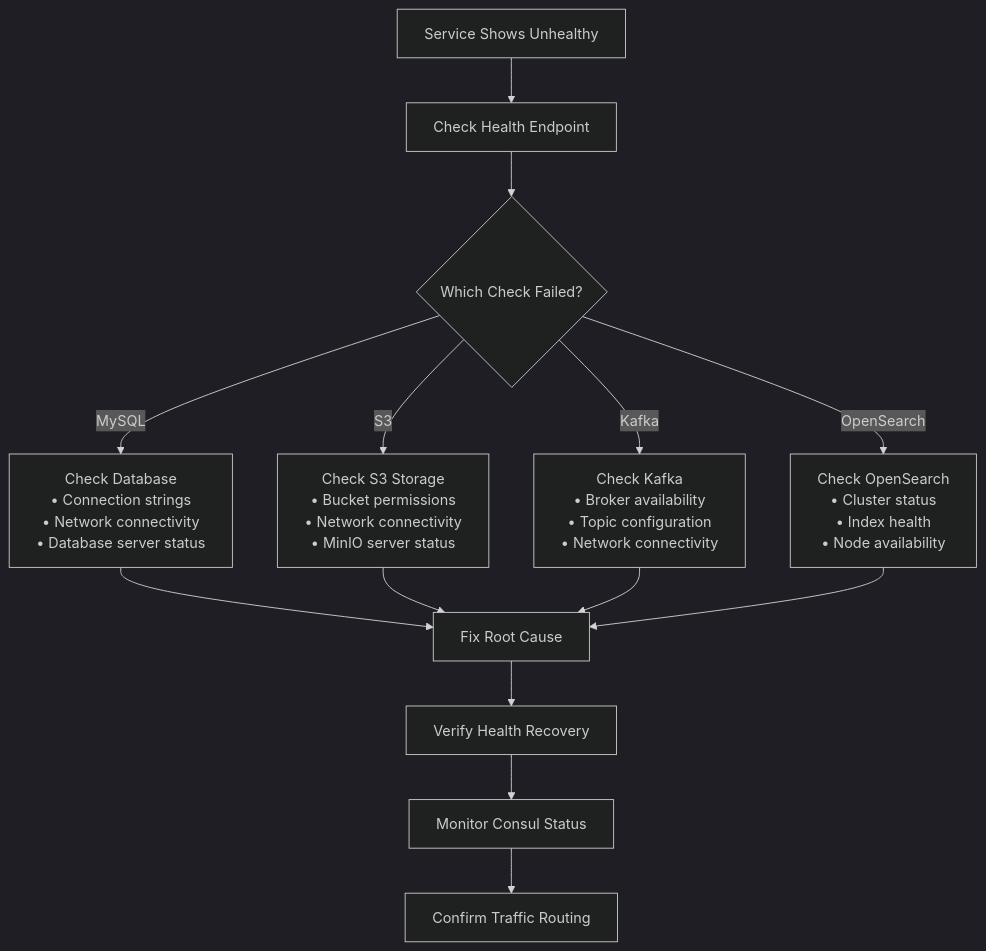
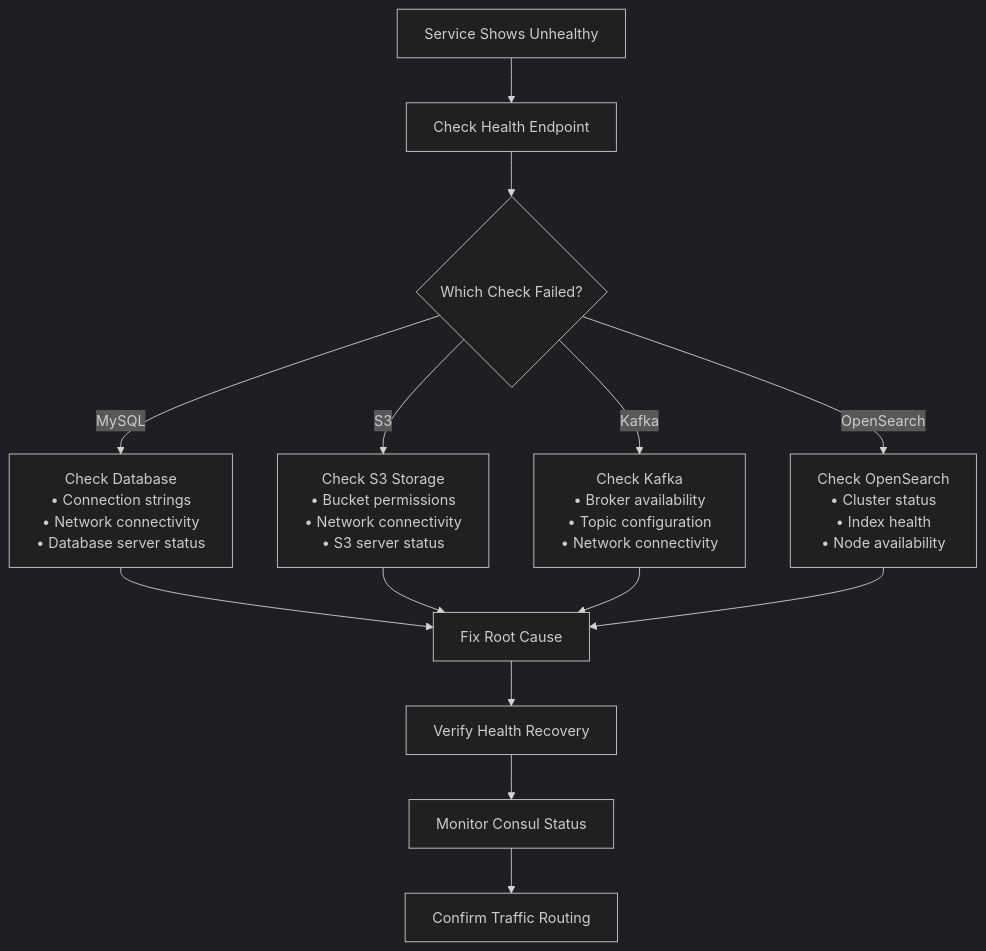
One commit to ai-pipestream/dev-assets changed the fifth of 5 diagrams in docs/archive/architecture/Health_And_Service_Registration.md. Above: the diagram before and after it, drawn with Mermaid (dark theme). The commit also changed 15 other files, not shown here.

Commit message:
docs: retire MinIO references in archived architecture/research docs (dev S3 is SeaweedFS)

````diff
--- a/docs/archive/architecture/Health_And_Service_Registration.md
+++ b/docs/archive/architecture/Health_And_Service_Registration.md
@@ -526,22 +526,22 @@
 ```mermaid
 flowchart TD
     A[Service Shows Unhealthy] --> B[Check Health Endpoint]
     B --> C{Which Check Failed?}
     
     C -->|MySQL| D[Check Database<br/>• Connection strings<br/>• Network connectivity<br/>• Database server status]
     
-    C -->|S3| E[Check S3 Storage<br/>• Bucket permissions<br/>• Network connectivity<br/>• MinIO server status]
+    C -->|S3| E[Check S3 Storage<br/>• Bucket permissions<br/>• Network connectivity<br/>• S3 server status]
     
     C -->|Kafka| F[Check Kafka<br/>• Broker availability<br/>• Topic configuration<br/>• Network connectivity]
     
     C -->|OpenSearch| G[Check OpenSearch<br/>• Cluster status<br/>• Index health<br/>• Node availability]
     
     D --> H[Fix Root Cause]
     E --> H
     F --> H  
     G --> H
     
     H --> I[Verify Health Recovery]
     I --> J[Monitor Consul Status]
     J --> K[Confirm Traffic Routing]
 ```
````
